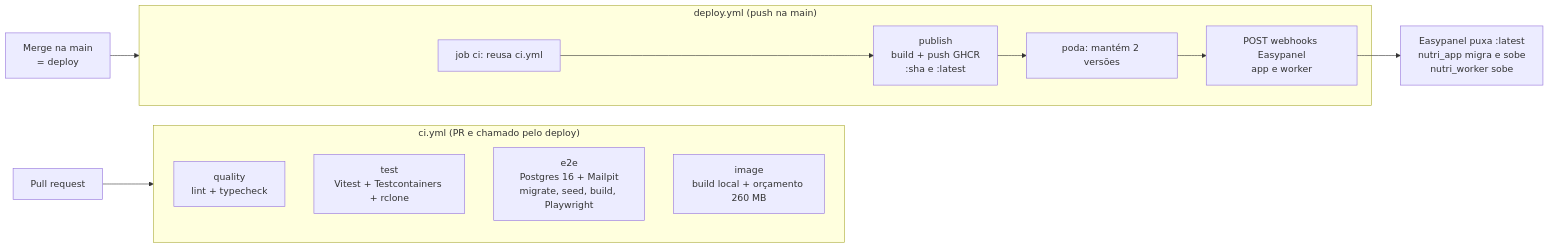
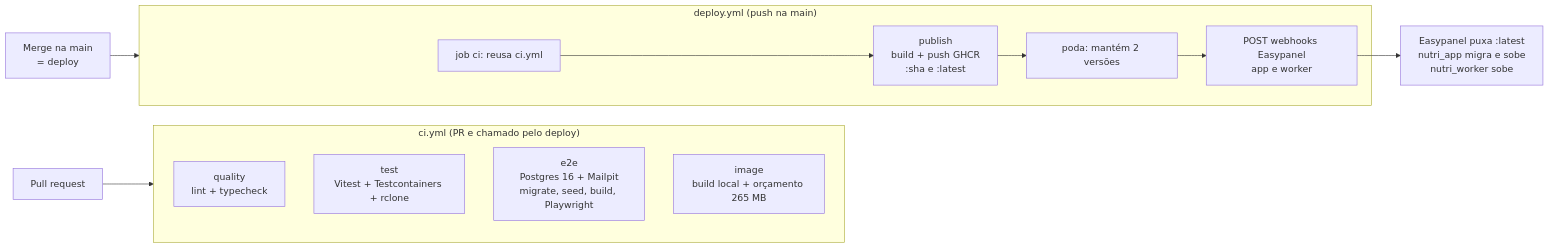
Before and after one commit to fabianojp06/nutridebby: the fourth of 4 diagrams in docs/manual-tecnico/01-visao-geral-e-arquitetura.md, drawn with Mermaid. The commit also changed other lines of this file and 20 other files, not shown here.

````diff
--- a/docs/manual-tecnico/01-visao-geral-e-arquitetura.md
+++ b/docs/manual-tecnico/01-visao-geral-e-arquitetura.md
@@ -560,17 +560,17 @@
 ```mermaid
 flowchart LR
   PR[Pull request] --> CI
   subgraph CI["ci.yml (PR e chamado pelo deploy)"]
     Q[quality<br/>lint + typecheck]
     TE[test<br/>Vitest + Testcontainers + rclone]
     E2E[e2e<br/>Postgres 16 + Mailpit<br/>migrate, seed, build, Playwright]
-    IMG[image<br/>build local + orçamento 260 MB]
+    IMG[image<br/>build local + orçamento 265 MB]
   end
   M[Merge na main<br/>= deploy] --> D
   subgraph D["deploy.yml (push na main)"]
     C2[job ci: reusa ci.yml] --> PUB[publish<br/>build + push GHCR<br/>:sha e :latest]
     PUB --> PODA[poda: mantém 2 versões]
     PODA --> HK[POST webhooks Easypanel<br/>app e worker]
   end
   HK --> EP[Easypanel puxa :latest<br/>nutri_app migra e sobe<br/>nutri_worker sobe]
 ```
````
